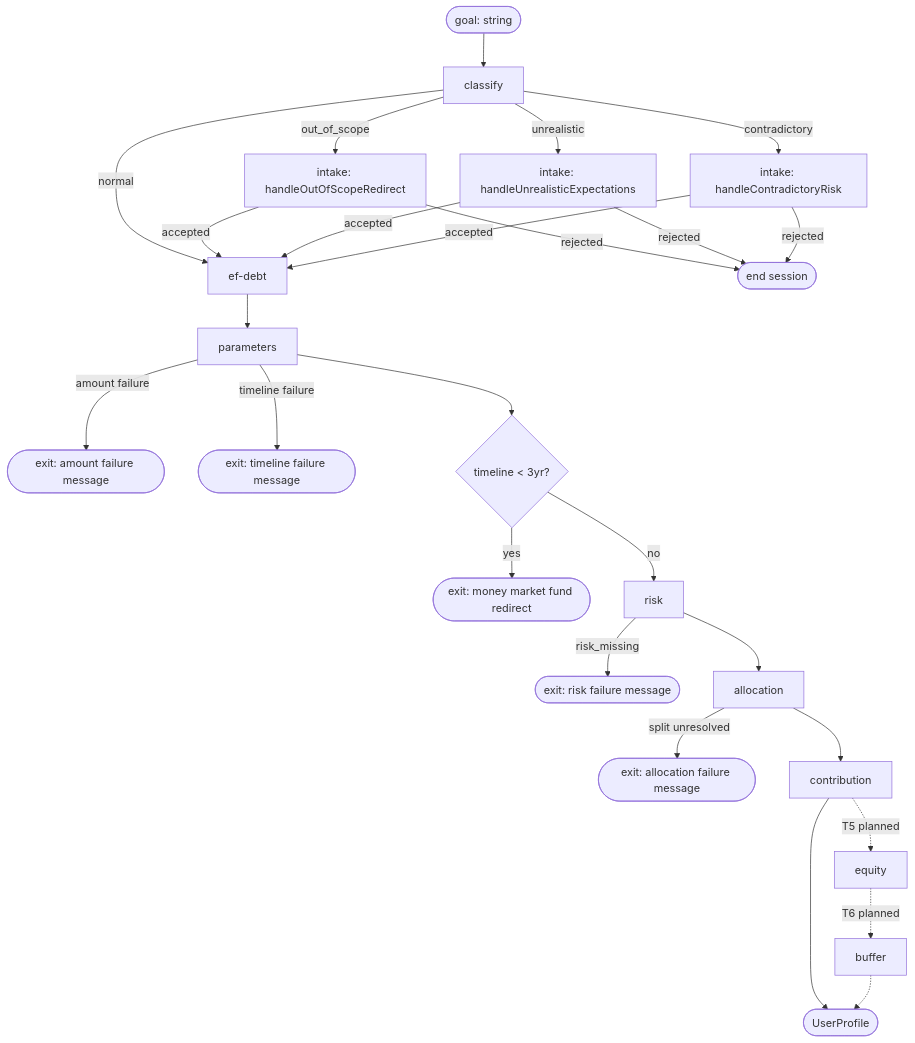
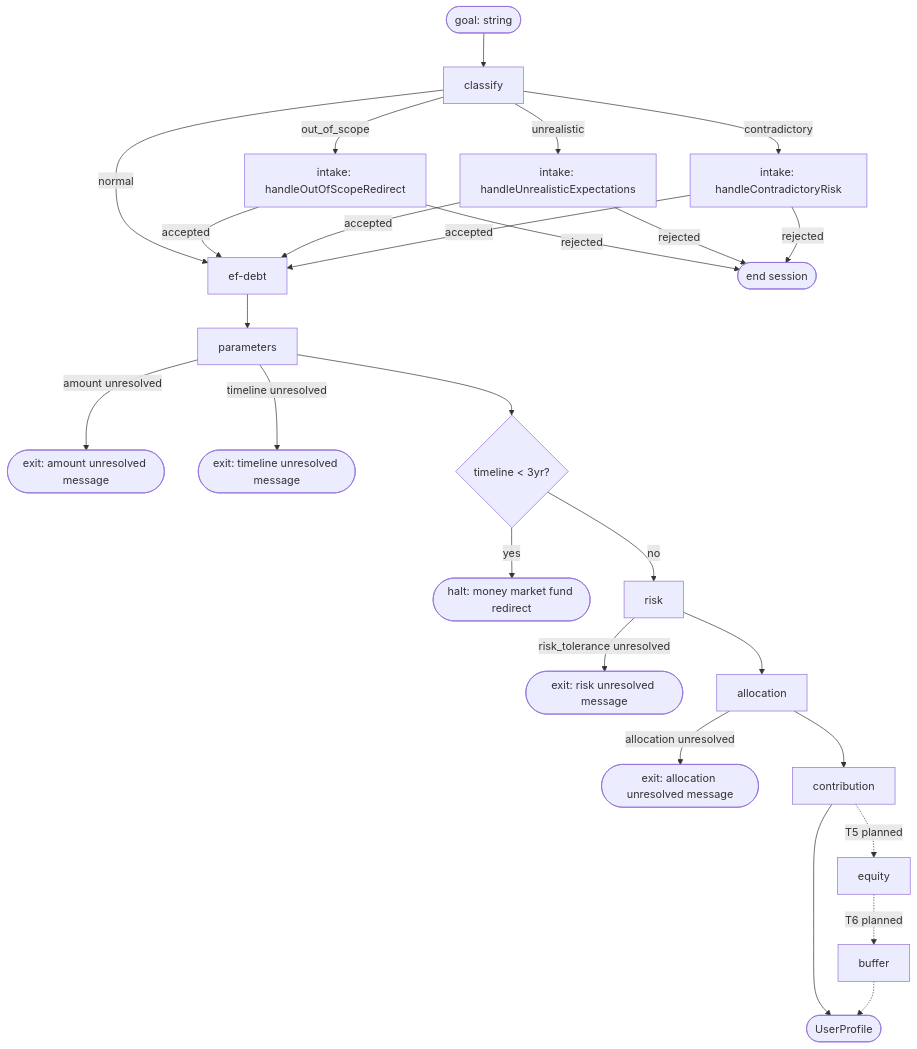
The diagram in documentation/ARCHITECTURE.md (itayg43/lazy-advisor), drawn with Mermaid before and after one commit. The commit also changed other lines of this file and 29 other files, not shown here.

````diff
--- a/documentation/ARCHITECTURE.md
+++ b/documentation/ARCHITECTURE.md
@@ -11,30 +11,30 @@
 ```mermaid
 flowchart TD
     Start([goal: string]) --> Classify[classify]
     Classify -->|normal| EfDebt[ef-debt]
     Classify -->|out_of_scope| OOS[intake: handleOutOfScopeRedirect]
     Classify -->|unrealistic| Unreal[intake: handleUnrealisticExpectations]
     Classify -->|contradictory| Contra[intake: handleContradictoryRisk]
 
     OOS -->|accepted| EfDebt
     OOS -->|rejected| End([end session])
     Unreal -->|accepted| EfDebt
     Unreal -->|rejected| End
     Contra -->|accepted| EfDebt
     Contra -->|rejected| End
 
     EfDebt --> Parameters[parameters]
-    Parameters -->|amount failure| ExitAmount([exit: amount failure message])
-    Parameters -->|timeline failure| ExitTimeline([exit: timeline failure message])
+    Parameters -->|amount unresolved| ExitAmount([exit: amount unresolved message])
+    Parameters -->|timeline unresolved| ExitTimeline([exit: timeline unresolved message])
     Parameters --> ShortHorizon{timeline < 3yr?}
-    ShortHorizon -->|yes| ExitShort([exit: money market fund redirect])
+    ShortHorizon -->|yes| ExitShort([halt: money market fund redirect])
     ShortHorizon -->|no| Risk[risk]
-    Risk -->|risk_missing| ExitRisk([exit: risk failure message])
+    Risk -->|risk_tolerance unresolved| ExitRisk([exit: risk unresolved message])
     Risk --> Allocation[allocation]
-    Allocation -->|split unresolved| ExitAllocation([exit: allocation failure message])
+    Allocation -->|allocation unresolved| ExitAllocation([exit: allocation unresolved message])
     Allocation --> Contribution[contribution]
     Contribution --> Profile([UserProfile])
     Contribution -.->|T5 planned| Equity[equity]
     Equity -.->|T6 planned| Buffer[buffer]
     Buffer -.-> Profile
 ```
````
